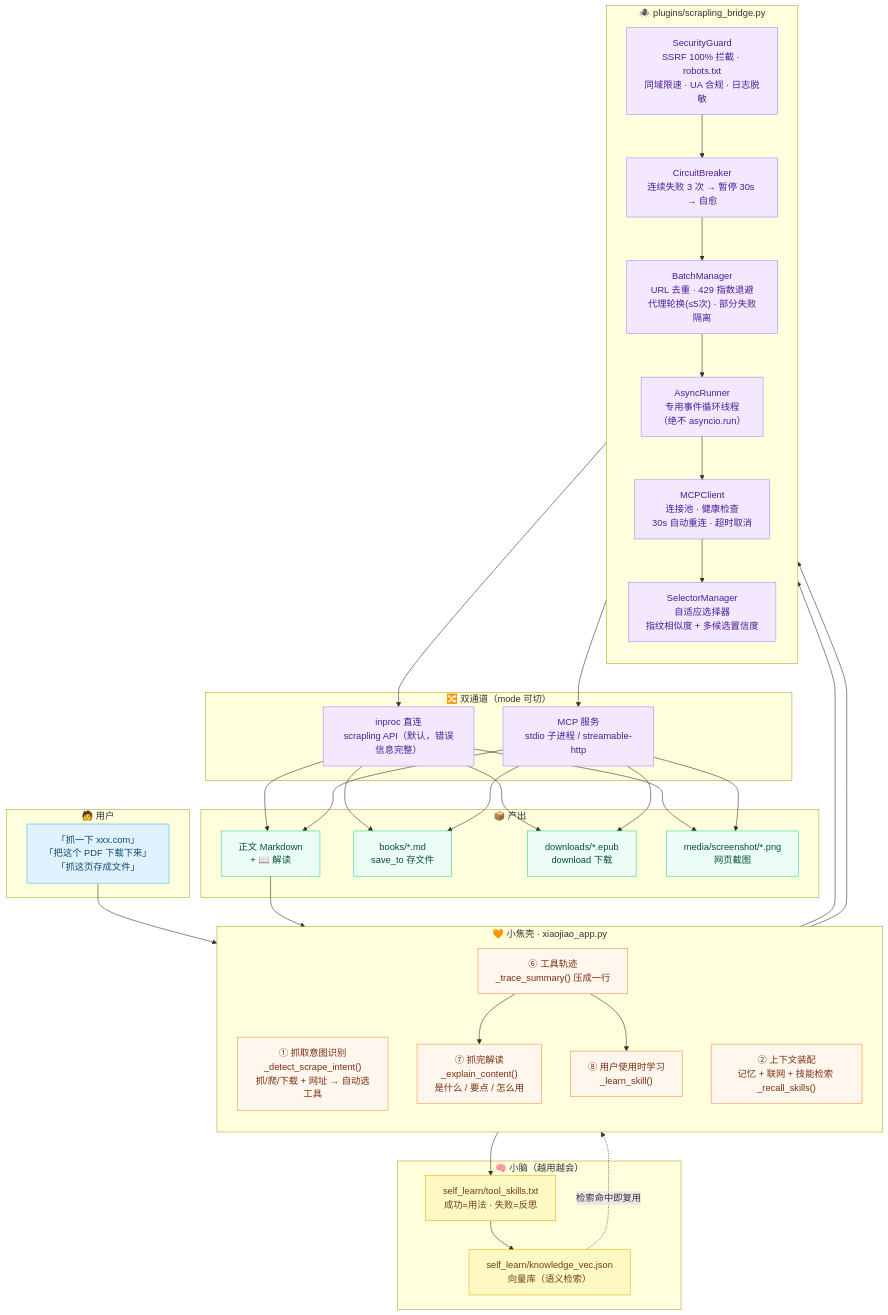
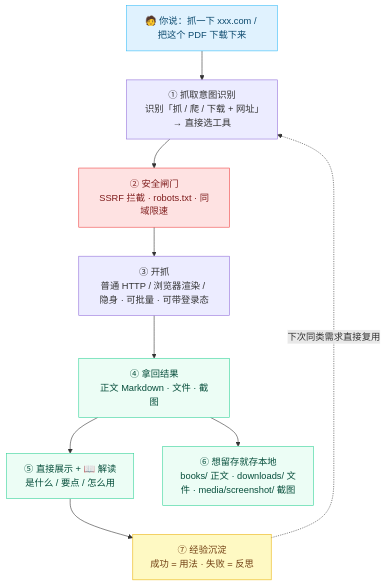
Before and after one commit to jiangchuangege/xiaojiao-harness: diagram 12 of 14 in README.md, drawn with Mermaid. The commit also changed other lines of this file and 1 other file, not shown here.

Commit message:
docs: 图与表去杂——抓取数据流图拆成两张清爽小图(主流程 + 插件组件), 改动全景图从 10 个文件节点压成 5 个分组, 原则表改成清单(不再竖排挤字), 增强工具表修掉挤成一团的单元格; 边界四条改成一句免责声明

````diff
--- a/README.md
+++ b/README.md
@@ -1024,65 +1020,20 @@
 ```mermaid
 flowchart TB
-    subgraph U["🧑 用户"]
-        Q["「抓一下 xxx.com」<br/>「把这个 PDF 下载下来」<br/>「抓这页存成文件」"]
-    end
-
-    subgraph APP["🧡 小焦壳 · xiaojiao_app.py"]
-        direction TB
-        DI["① 抓取意图识别<br/>_detect_scrape_intent()<br/>抓/爬/下载 + 网址 → 自动选工具"]
-        WS["② 上下文装配<br/>记忆 + 联网 + 技能检索 _recall_skills()"]
-        TR["⑥ 工具轨迹<br/>_trace_summary() 压成一行"]
-        EX["⑦ 抓完解读<br/>_explain_content()<br/>是什么 / 要点 / 怎么用"]
-        LE["⑧ 用户使用时学习<br/>_learn_skill()"]
-    end
-
-    subgraph BR["🕷️ plugins/scrapling_bridge.py"]
-        direction TB
-        SEC["SecurityGuard<br/>SSRF 100% 拦截 · robots.txt<br/>同域限速 · UA 合规 · 日志脱敏"]
-        CB["CircuitBreaker<br/>连续失败 3 次 → 暂停 30s → 自愈"]
-        BM["BatchManager<br/>URL 去重 · 429 指数退避<br/>代理轮换(≤5次) · 部分失败隔离"]
-        AR["AsyncRunner<br/>专用事件循环线程<br/>（绝不 asyncio.run）"]
-        MC["MCPClient<br/>连接池 · 健康检查<br/>30s 自动重连 · 超时取消"]
-        SM["SelectorManager<br/>自适应选择器<br/>指纹相似度 + 多候选置信度"]
-    end
-
-    subgraph DUAL["🔀 双通道（mode 可切）"]
-        IP["inproc 直连<br/>scrapling API（默认，错误信息完整）"]
-        MP["MCP 服务<br/>stdio 子进程 / streamable-http"]
-    end
-
-    subgraph OUT["📦 产出"]
-        R1["正文 Markdown<br/>+ 📖 解读"]
-        R2["books/*.md<br/>save_to 存文件"]
-        R3["downloads/*.epub<br/>download 下载"]
-        R4["media/screenshot/*.png<br/>网页截图"]
-    end
-
-    subgraph LR["🧠 小脑（越用越会）"]
-        KF["self_learn/tool_skills.txt<br/>成功=用法 · 失败=反思"]
-        VEC["self_learn/knowledge_vec.json<br/>向量库（语义检索）"]
-    end
-
-    Q --> DI --> SEC
-    WS --> SEC
-    SEC --> CB --> BM --> AR --> MC
-    MC --> IP
-    MC --> MP
-    MC --> SM
-    IP --> R1 & R2 & R3 & R4
-    MP --> R1 & R2 & R3 & R4
-    R1 --> TR --> EX
-    TR --> LE --> KF --> VEC
-    VEC -. "检索命中即复用" .-> WS
+    A["🧑 你说：抓一下 xxx.com / 把这个 PDF 下载下来"] --> B["① 抓取意图识别<br/>识别「抓 / 爬 / 下载 + 网址」→ 直接选工具"]
+    B --> C["② 安全闸门<br/>SSRF 拦截 · robots.txt · 同域限速"]
+    C --> D["③ 开抓<br/>普通 HTTP / 浏览器渲染 / 隐身 · 可批量 · 可带登录态"]
+    D --> E["④ 拿回结果<br/>正文 Markdown · 文件 · 截图"]
+    E --> F["⑤ 直接展示 + 📖 解读<br/>是什么 / 要点 / 怎么用"]
+    E --> G["⑥ 想留存就存本地<br/>books/ 正文 · downloads/ 文件 · media/screenshot/ 截图"]
+    F --> H["⑦ 经验沉淀<br/>成功 = 用法 · 失败 = 反思"]
+    H -. "下次同类需求直接复用" .-> B
 
     classDef u fill:#e0f2fe,stroke:#38bdf8,color:#0c4a6e;
-    classDef app fill:#fff7ed,stroke:#fb923c,color:#7c2d12;
-    classDef br fill:#f3e8ff,stroke:#a78bfa,color:#4c1d95;
+    classDef s fill:#fee2e2,stroke:#ef4444,color:#7f1d1d;
     classDef out fill:#ecfdf5,stroke:#34d399,color:#064e3b;
     classDef lrn fill:#fef9c3,stroke:#eab308,color:#713f12;
-    class Q u;
-    class DI,WS,TR,EX,LE app;
-    class SEC,CB,BM,AR,MC,SM,IP,MP br;
-    class R1,R2,R3,R4 out;
-    class KF,VEC lrn;
+    class A u;
+    class C s;
+    class E,F,G out;
+    class H lrn;
 ```
````
